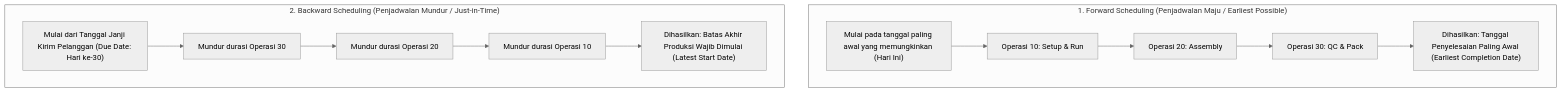
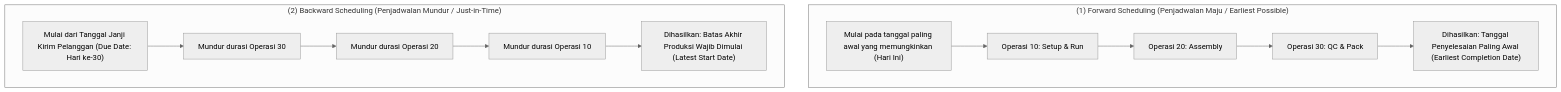
One commit to alimurrofid/erp-notes changed the third of 3 diagrams in content/06-manufacturing/capacity-planning-and-scheduling.md. Above: the diagram before and after it, drawn with Mermaid (neutral theme). The commit also changed other lines of this file and 132 other files, not shown here.

````diff
--- a/content/06-manufacturing/capacity-planning-and-scheduling.md
+++ b/content/06-manufacturing/capacity-planning-and-scheduling.md
@@ -86,18 +86,18 @@
 ```mermaid
 flowchart TD
-    subgraph Forward["1. Forward Scheduling (Penjadwalan Maju / Earliest Possible)"]
+    subgraph Forward["(1) Forward Scheduling (Penjadwalan Maju / Earliest Possible)"]
         F_Start["Mulai pada tanggal paling awal yang memungkinkan (Hari Ini)"]
         --> F_Op1["Operasi 10: Setup & Run"]
         --> F_Op2["Operasi 20: Assembly"]
         --> F_Op3["Operasi 30: QC & Pack"]
         --> F_End["Dihasilkan: Tanggal Penyelesaian Paling Awal (Earliest Completion Date)"]
     end
 
-    subgraph Backward["2. Backward Scheduling (Penjadwalan Mundur / Just-in-Time)"]
+    subgraph Backward["(2) Backward Scheduling (Penjadwalan Mundur / Just-in-Time)"]
         B_Due["Mulai dari Tanggal Janji Kirim Pelanggan (Due Date: Hari ke-30)"]
         --> B_Op3["Mundur durasi Operasi 30"]
         --> B_Op2["Mundur durasi Operasi 20"]
         --> B_Op1["Mundur durasi Operasi 10"]
         --> B_Start["Dihasilkan: Batas Akhir Produksi Wajib Dimulai (Latest Start Date)"]
     end
 ```
````
